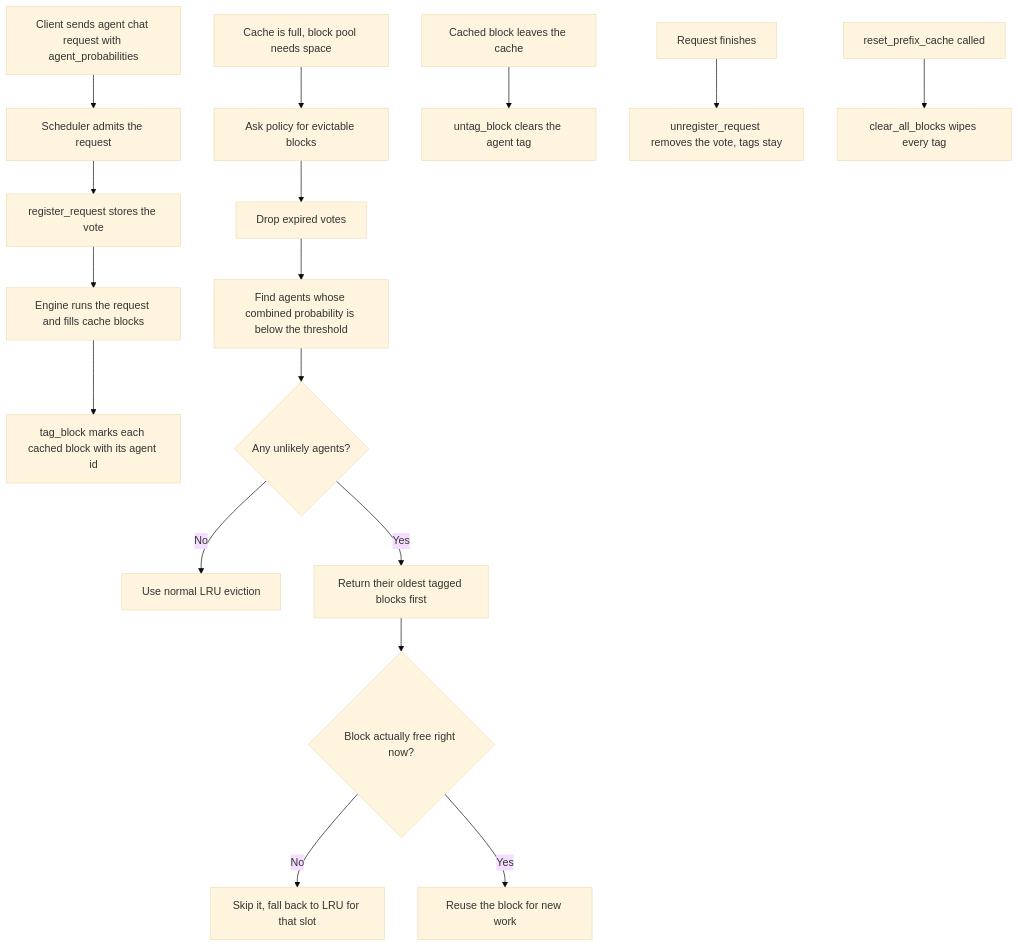
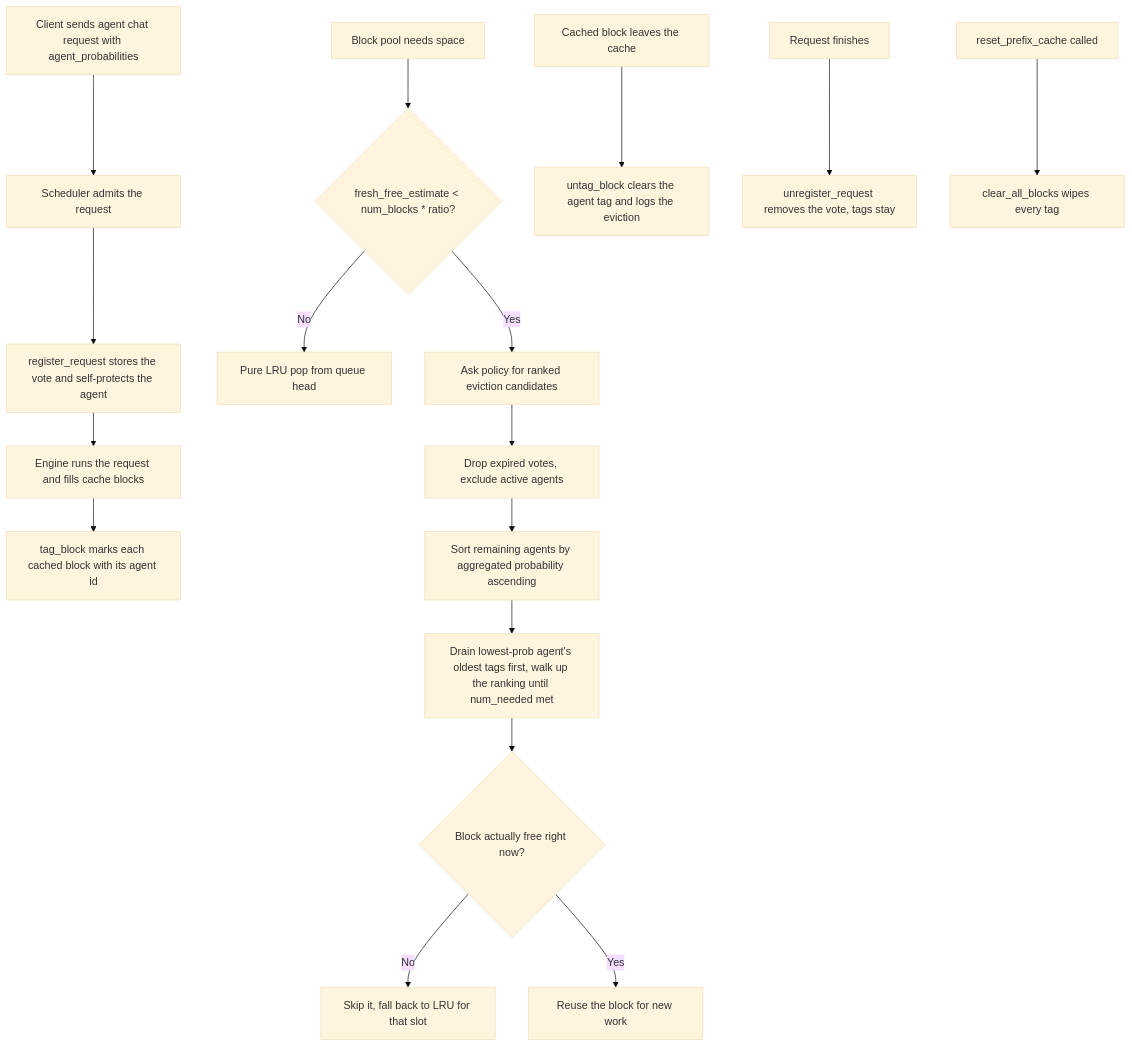
Before and after one commit to HAVibhavSharma/vllm: the diagram in plan/agent_eviction_policy.md, drawn with Mermaid (base theme). The commit also changed other lines of this file, not shown here.

Commit message:
updated the docs for the eviction

````diff
--- a/plan/agent_eviction_policy.md
+++ b/plan/agent_eviction_policy.md
@@ -96,22 +166,22 @@
 ```mermaid
 flowchart TD
     A[Client sends agent chat request with agent_probabilities] --> B[Scheduler admits the request]
-    B --> C[register_request stores the vote]
+    B --> C[register_request stores the vote and self-protects the agent]
 
     C --> D[Engine runs the request and fills cache blocks]
     D --> E[tag_block marks each cached block with its agent id]
 
-    F[Cache is full, block pool needs space] --> G[Ask policy for evictable blocks]
-    G --> H[Drop expired votes]
-    H --> I[Find agents whose combined probability is below the threshold]
-    I --> J{Any unlikely agents?}
-    J -- No --> K[Use normal LRU eviction]
-    J -- Yes --> L[Return their oldest tagged blocks first]
+    F[Block pool needs space] --> G{fresh_free_estimate < num_blocks * ratio?}
+    G -- No --> H[Pure LRU pop from queue head]
+    G -- Yes --> I[Ask policy for ranked eviction candidates]
+    I --> J[Drop expired votes, exclude active agents]
+    J --> K[Sort remaining agents by aggregated probability ascending]
+    K --> L[Drain lowest-prob agent's oldest tags first, walk up the ranking until num_needed met]
     L --> M{Block actually free right now?}
     M -- No --> N[Skip it, fall back to LRU for that slot]
     M -- Yes --> O[Reuse the block for new work]
 
-    P[Cached block leaves the cache] --> Q[untag_block clears the agent tag]
+    P[Cached block leaves the cache] --> Q[untag_block clears the agent tag and logs the eviction]
     R[Request finishes] --> S[unregister_request removes the vote, tags stay]
     T[reset_prefix_cache called] --> U[clear_all_blocks wipes every tag]
 ```
````
